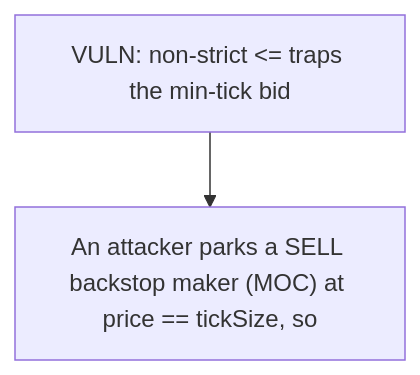
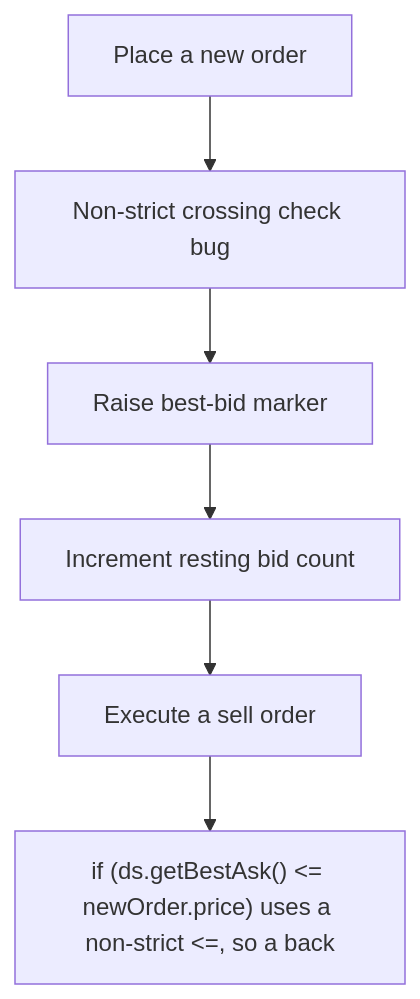
Before and after one commit to sanbir/evm-hack-registry: the diagram in 64835-h-02-backstop-bid-side-frozen-by-tick-size-constraint-code4r_exp/64835-h-02-backstop-bid-side-frozen-by-tick-size-constraint-code4r_exp.md, drawn with Mermaid. The commit also changed other lines of this file and 79 other files, not shown here.

````diff
--- a/64835-h-02-backstop-bid-side-frozen-by-tick-size-constraint-code4r_exp/64835-h-02-backstop-bid-side-frozen-by-tick-size-constraint-code4r_exp.md
+++ b/64835-h-02-backstop-bid-side-frozen-by-tick-size-constraint-code4r_exp/64835-h-02-backstop-bid-side-frozen-by-tick-size-constraint-code4r_exp.md
@@ -28,6 +28,14 @@
 ```mermaid
 flowchart TD
-  S0["VULN: non-strict <= traps the min-tick bid"]
-  H["An attacker parks a SELL backstop maker (MOC) at price == tickSize, so"]
-  S0 --> H
+  S0["Place a new order"]
+  S1["Non-strict crossing check bug"]
+  S2["Raise best-bid marker"]
+  S3["Increment resting bid count"]
+  S4["Execute a sell order"]
+  H["if (ds.getBestAsk() <= newOrder.price) uses a non-strict <=, so a back"]
+  S0 --> S1
+  S1 --> S2
+  S2 --> S3
+  S3 --> S4
+  S4 --> H
 ```
````
